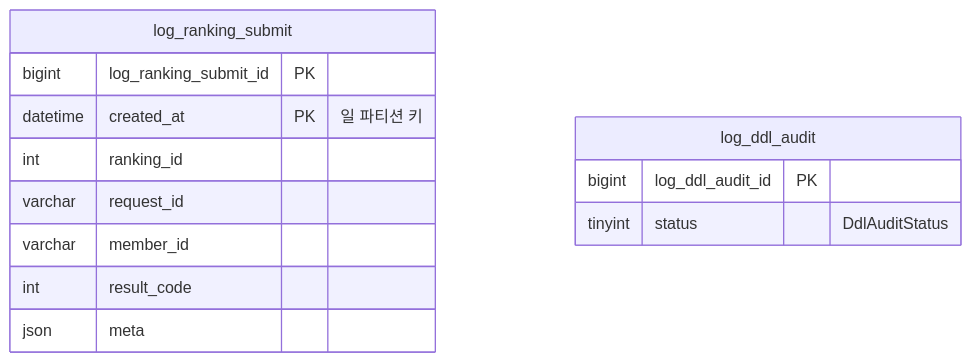
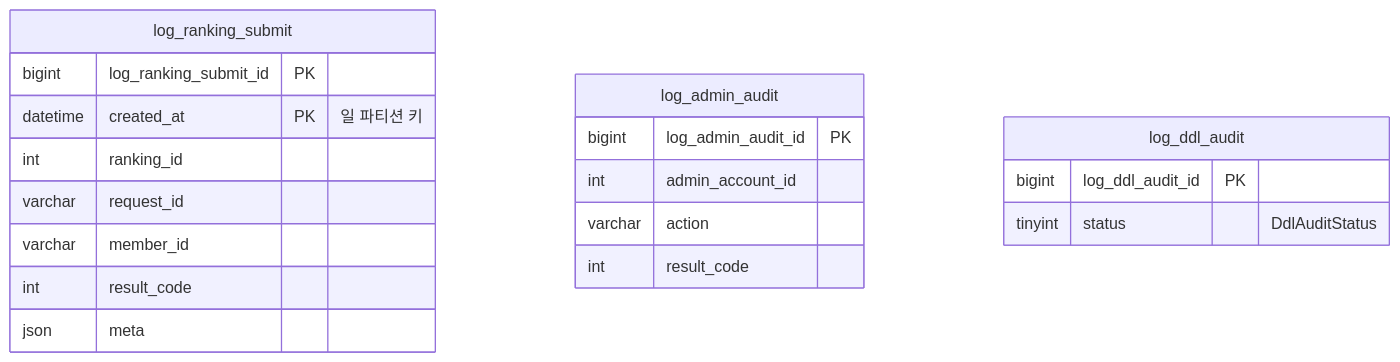
The third of 6 diagrams in docs/04_SCHEMA.md (trisakion0500/podium-de), drawn with Mermaid before and after one commit. The commit also changed other lines of this file and 45 other files, not shown here.

````diff
--- a/docs/04_SCHEMA.md
+++ b/docs/04_SCHEMA.md
@@ -161,16 +178,22 @@
 ```mermaid
 erDiagram
     log_ranking_submit {
         bigint log_ranking_submit_id PK
         datetime created_at PK "일 파티션 키"
         int ranking_id
         varchar request_id
         varchar member_id
         int result_code
         json meta
     }
+    log_admin_audit {
+        bigint log_admin_audit_id PK
+        int admin_account_id
+        varchar action
+        int result_code
+    }
     log_ddl_audit {
         bigint log_ddl_audit_id PK
         tinyint status "DdlAuditStatus"
     }
 ```
````
